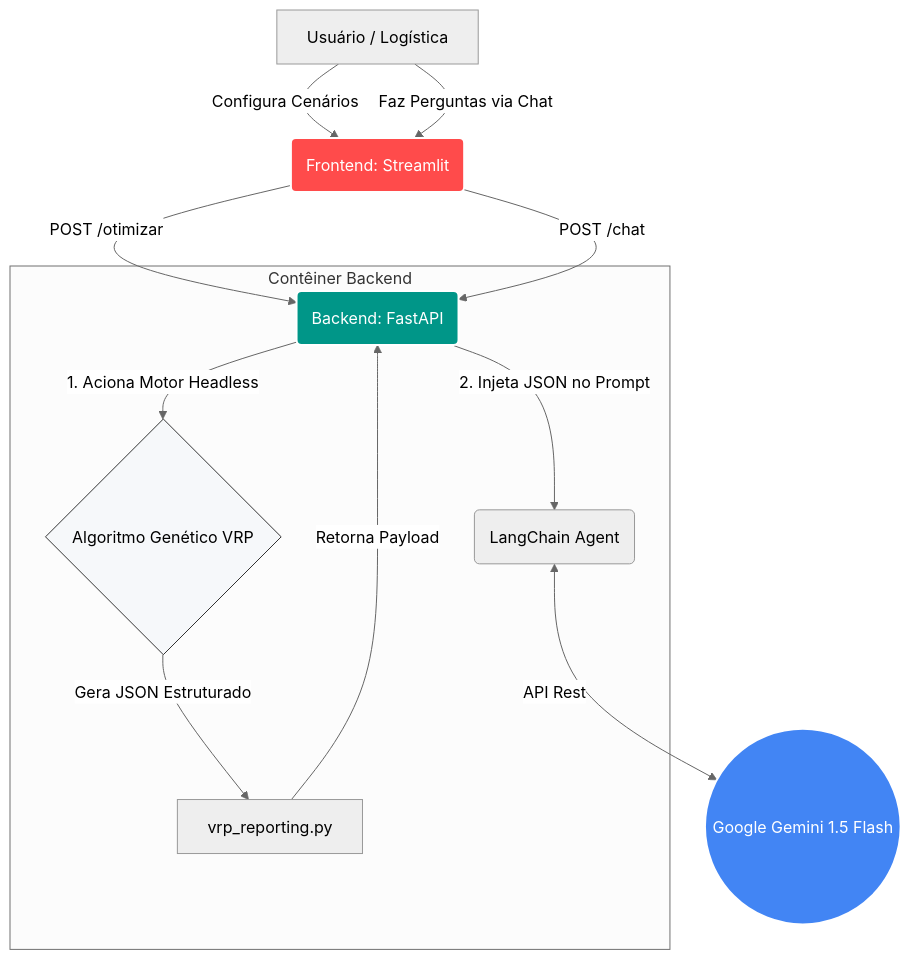
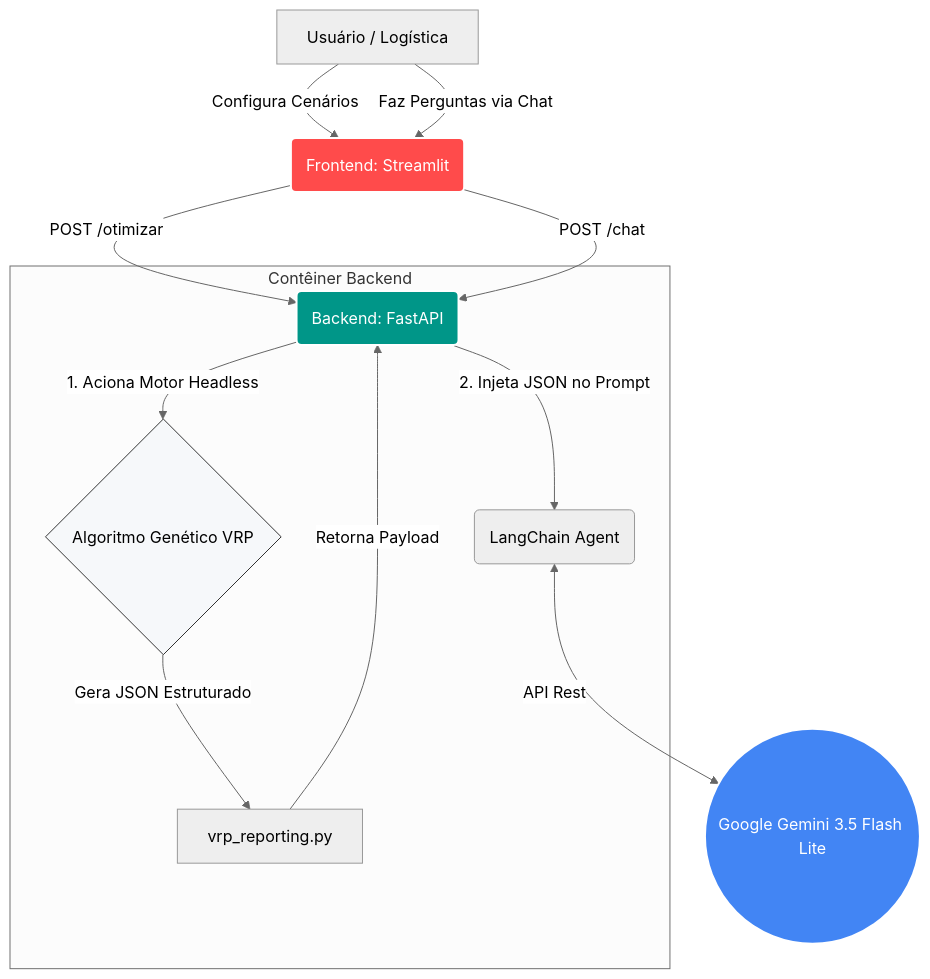
Before and after one commit to luciano-gp/FIAP_TechChallenge_Fase2: the diagram in README.md, drawn with Mermaid (neutral theme). The commit also changed other lines of this file and 2 other files, not shown here.

Commit message:
Versão inicial relatório

````diff
--- a/README.md
+++ b/README.md
@@ -162,21 +162,21 @@
 ```mermaid
 graph TD
     A[Usuário / Logística] -->|Configura Cenários| B(Frontend: Streamlit)
     A -->|Faz Perguntas via Chat| B
     B -->|POST /otimizar| C(Backend: FastAPI)
     B -->|POST /chat| C
   
     subgraph Contêiner Backend
         C -->|1. Aciona Motor Headless| D{Algoritmo Genético VRP}
         D -->|Gera JSON Estruturado| E[vrp_reporting.py]
         E -->|Retorna Payload| C
         C -->|2. Injeta JSON no Prompt| F(LangChain Agent)
     end
   
-    F <-->|API Rest| G((Google Gemini 1.5 Flash))
+    F <-->|API Rest| G((Google Gemini 3.5 Flash Lite))
   
     style B fill:#ff4b4b,stroke:#fff,stroke-width:2px,color:#fff
     style C fill:#009688,stroke:#fff,stroke-width:2px,color:#fff
     style D fill:#f6f8fa,stroke:#333,stroke-width:1px
     style G fill:#4285f4,stroke:#fff,stroke-width:2px,color:#fff
 ```
````
